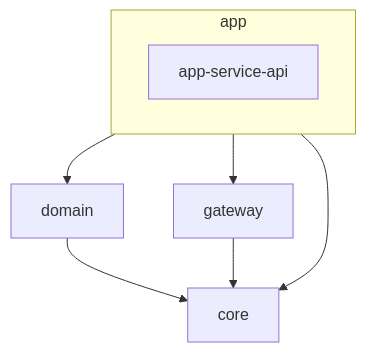
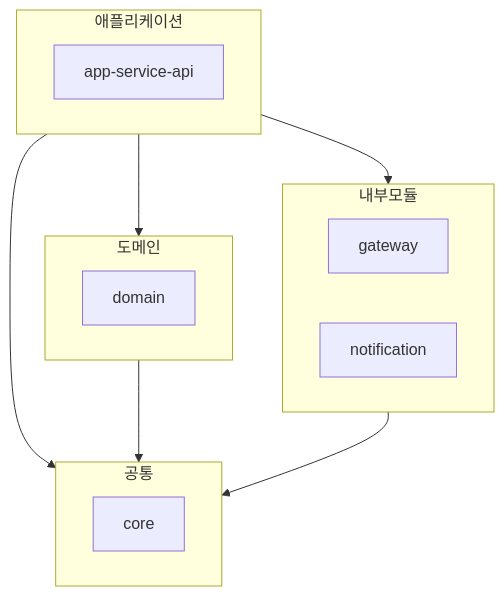
The diagram in README.md (f-lab-edu/flirting), drawn with Mermaid before and after one commit. The commit also changed other lines of this file, not shown here.

````diff
--- a/README.md
+++ b/README.md
@@ -8,12 +8,25 @@
 ```mermaid
 flowchart TB
-    subgraph app
+    subgraph 애플리케이션
 		app_service_api[app-service-api]
     end
 
-    app --> domain
-		app --> core
-		app --> gateway
-		domain --> core
-		gateway --> core
+    subgraph 내부모듈
+		gateway
+		notification
+		end
+
+    subgraph 도메인
+		domain
+		end
+
+    subgraph 공통
+		core
+		end
+
+    애플리케이션 --> 도메인
+		애플리케이션 --> 공통
+		애플리케이션 --> 내부모듈
+		도메인 --> 공통
+		내부모듈 --> 공통
 ```
````
